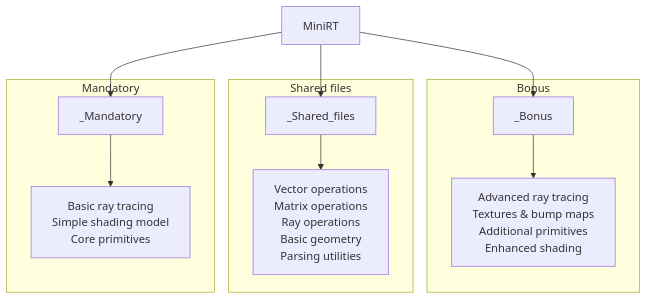
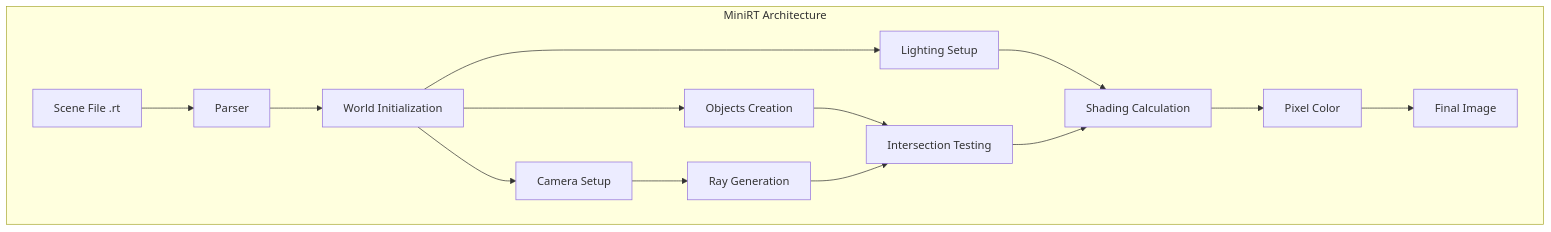
One commit to moh3333/minirt changed the first of 3 diagrams in README.md. Above: the diagram before and after it, drawn with Mermaid. The commit also changed other lines of this file, not shown here.

````diff
--- a/README.md
+++ b/README.md
@@ -24,28 +28,19 @@
 ```mermaid
-
-flowchart TD
-    A[MiniRT] --> B[_Shared_files]
-    A[MiniRT] --> C[_Mandatory]
-    A[MiniRT] --> D[_Bonus]
-
-    subgraph   Bonus
-    D --> 3[Advanced ray tracing
-    Textures & bump maps
-    Additional primitives
-    Enhanced shading]
-    end
-
-    subgraph Shared    files
-    B --> 1[Vector operations
-    Matrix operations
-    Ray operations
-    Basic geometry
-    Parsing utilities]
-    end
-
-    subgraph Mandatory
-    C --> 2[Basic ray tracing
-    Simple shading model
-    Core primitives]
+graph TD
+    subgraph "MiniRT Architecture"
+        A[Scene File .rt] --> B[Parser]
+        B --> C[World Initialization]
+        C --> D[Camera Setup]
+        C --> E[Objects Creation]
+        C --> F[Lighting Setup]
+        
+        D --> G[Ray Generation]
+        E --> H[Intersection Testing]
+        F --> I[Shading Calculation]
+        
+        G --> H
+        H --> I
+        I --> J[Pixel Color]
+        J --> K[Final Image]
     end
 ```
````
